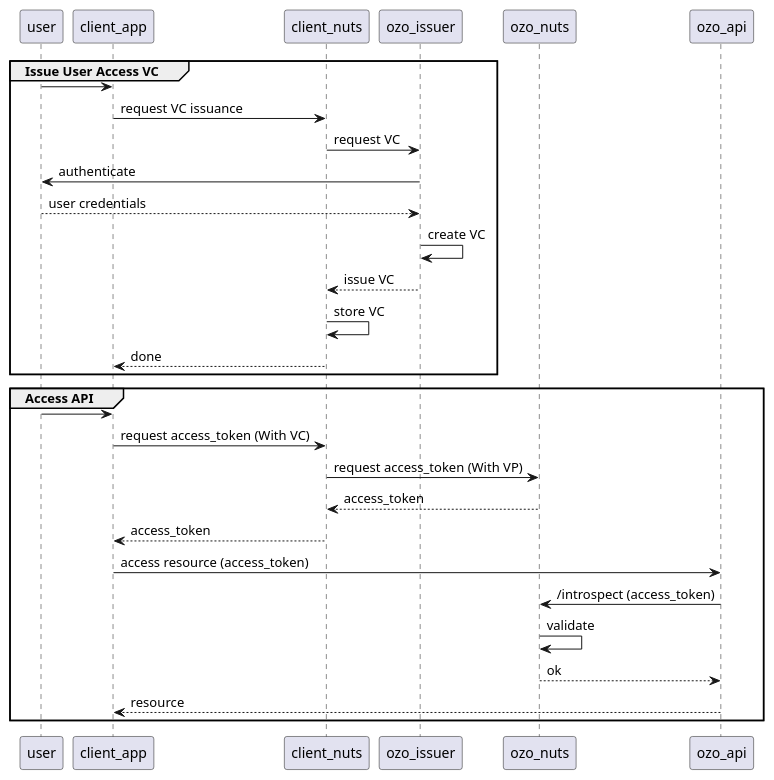
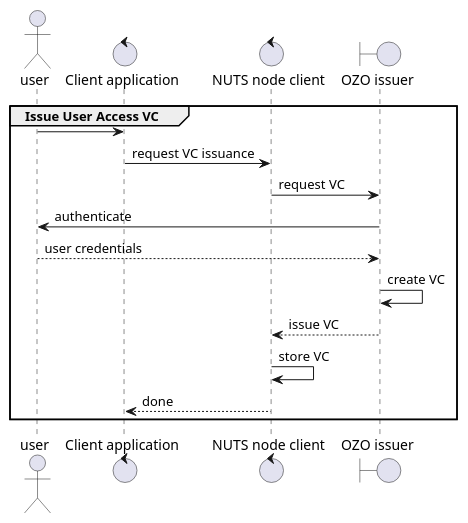
One commit to ozoverbindzorg/integrale-netwerk-communicatie changed the diagram in input/images-source/nuts_issuance_overview.plantuml. Above: the diagram before and after it, drawn with PlantUML. The commit also changed other lines of this file and 2 other files, not shown here.

Commit message:
Simplify diagrams and documentation by removing API access flow.
The API access flow has been removed from diagrams and documentation to streamline the focus on credential issuance and onboarding workflows. This change reduces redundancy and ensures clarity, aligning illustrations and descriptions with the updated system priorities.

```diff
--- a/input/images-source/nuts_issuance_overview.plantuml
+++ b/input/images-source/nuts_issuance_overview.plantuml
@@ -8,32 +2,20 @@
 @startuml
+actor user
+control "Client application" as client_app
+control "NUTS node client" as client_nuts
+boundary "OZO issuer" as ozo_issuer
 
 group Issue User Access VC
 
 user -> client_app
 client_app -> client_nuts: request VC issuance
 client_nuts -> ozo_issuer: request VC
 ozo_issuer -> user: authenticate
 user --> ozo_issuer: user credentials
 ozo_issuer -> ozo_issuer: create VC
 ozo_issuer --> client_nuts: issue VC
 client_nuts -> client_nuts: store VC
 client_nuts --> client_app: done
 
 end
-
-group Access API
-
-user -> client_app
-client_app -> client_nuts: request access_token (With VC)
-client_nuts -> ozo_nuts: request access_token (With VP)
-ozo_nuts --> client_nuts: access_token
-client_nuts --> client_app: access_token
-client_app -> ozo_api: access resource (access_token)
-ozo_api -> ozo_nuts: /introspect (access_token)
-ozo_nuts -> ozo_nuts: validate
-ozo_nuts --> ozo_api: ok
-ozo_api -->  client_app: resource
-
-
-end
 @enduml
```
